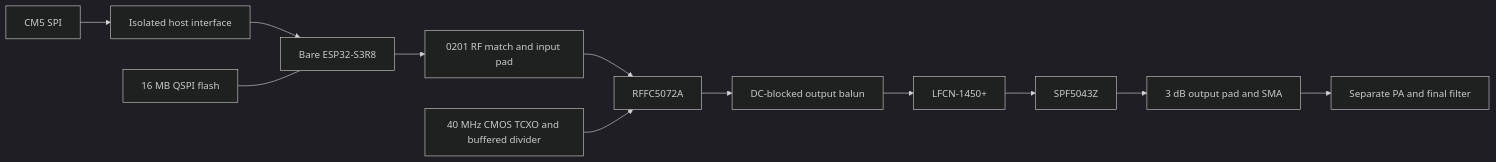
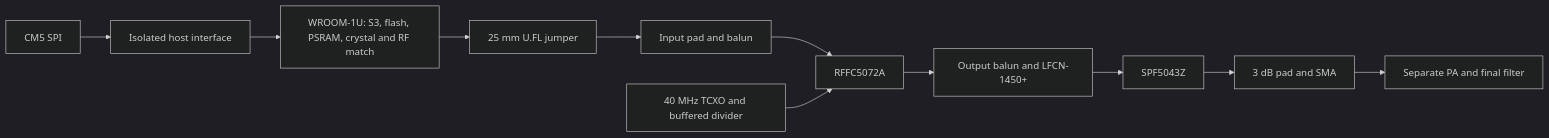
One commit to stanford-ssi/PigeonVision changed the diagram in hardware/yapogee-s3/README.md. Above: the diagram before and after it, drawn with Mermaid (dark theme). The commit also changed other lines of this file and 13 other files, not shown here.

````diff
--- a/hardware/yapogee-s3/README.md
+++ b/hardware/yapogee-s3/README.md
@@ -9,14 +9,13 @@
 ```mermaid
 flowchart LR
     CM5[CM5 SPI] --> IO[Isolated host interface]
-    IO --> S3[Bare ESP32-S3R8]
-    FLASH[16 MB QSPI flash] --- S3
-    S3 --> MATCH[0201 RF match and input pad]
-    MATCH --> MIX[RFFC5072A]
-    REF[40 MHz CMOS TCXO and buffered divider] --> MIX
-    MIX --> BAL[DC-blocked output balun]
-    BAL --> LPF[LFCN-1450+]
+    IO --> S3[WROOM-1U: S3, flash, PSRAM, crystal and RF match]
+    S3 --> CABLE[25 mm U.FL jumper]
+    CABLE --> PAD[Input pad and balun]
+    PAD --> MIX[RFFC5072A]
+    REF[40 MHz TCXO and buffered divider] --> MIX
+    MIX --> LPF[Output balun and LFCN-1450+]
     LPF --> DRV[SPF5043Z]
-    DRV --> OUT[3 dB output pad and SMA]
+    DRV --> OUT[3 dB pad and SMA]
     OUT --> PA[Separate PA and final filter]
 ```
````
